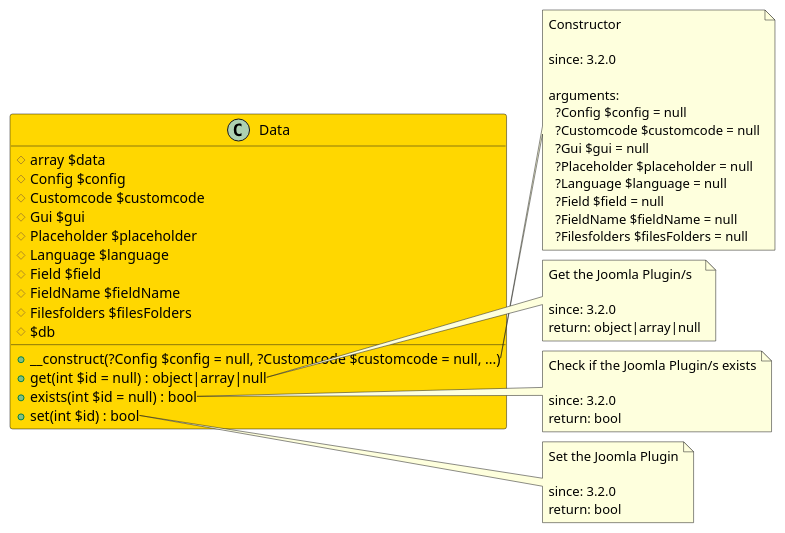
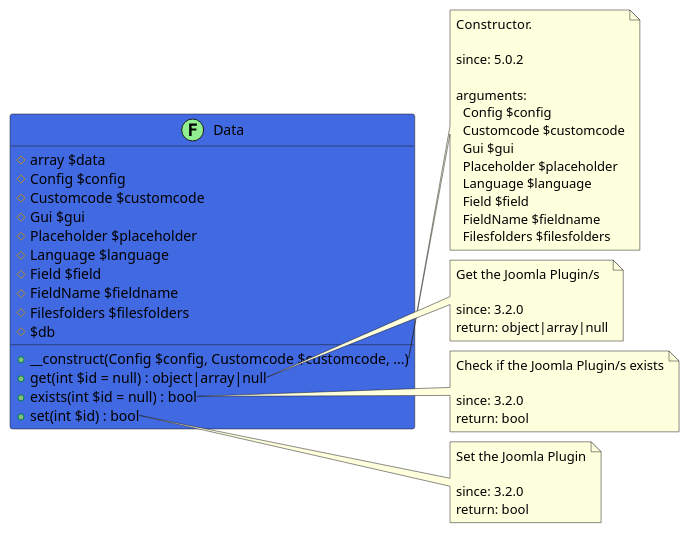
The diagram in src/766a9524-37df-4604-91a7-b98a6150ee26/README.md (joomengine/jcb-compiler), drawn with PlantUML before and after one commit. The commit also changed other lines of this file and 213 other files, not shown here.

````diff
--- a/src/766a9524-37df-4604-91a7-b98a6150ee26/README.md
+++ b/src/766a9524-37df-4604-91a7-b98a6150ee26/README.md
@@ -12,58 +12,58 @@
 ```uml
 @startuml
-class Data  #Gold {
+class Data << (F,LightGreen) >> #RoyalBlue {
   # array $data
   # Config $config
   # Customcode $customcode
   # Gui $gui
   # Placeholder $placeholder
   # Language $language
   # Field $field
-  # FieldName $fieldName
-  # Filesfolders $filesFolders
+  # FieldName $fieldname
+  # Filesfolders $filesfolders
   # $db
-  + __construct(?Config $config = null, ?Customcode $customcode = null, ...)
+  + __construct(Config $config, Customcode $customcode, ...)
   + get(int $id = null) : object|array|null
   + exists(int $id = null) : bool
   + set(int $id) : bool
 }
 
 note right of Data::__construct
-  Constructor
+  Constructor.
 
-  since: 3.2.0
+  since: 5.0.2
   
   arguments:
-    ?Config $config = null
-    ?Customcode $customcode = null
-    ?Gui $gui = null
-    ?Placeholder $placeholder = null
-    ?Language $language = null
-    ?Field $field = null
-    ?FieldName $fieldName = null
-    ?Filesfolders $filesFolders = null
+    Config $config
+    Customcode $customcode
+    Gui $gui
+    Placeholder $placeholder
+    Language $language
+    Field $field
+    FieldName $fieldname
+    Filesfolders $filesfolders
 end note
 
 note right of Data::get
   Get the Joomla Plugin/s
 
   since: 3.2.0
   return: object|array|null
 end note
 
 note right of Data::exists
   Check if the Joomla Plugin/s exists
 
   since: 3.2.0
   return: bool
 end note
 
 note right of Data::set
   Set the Joomla Plugin
 
   since: 3.2.0
   return: bool
 end note
  
 @enduml
 ```
````
